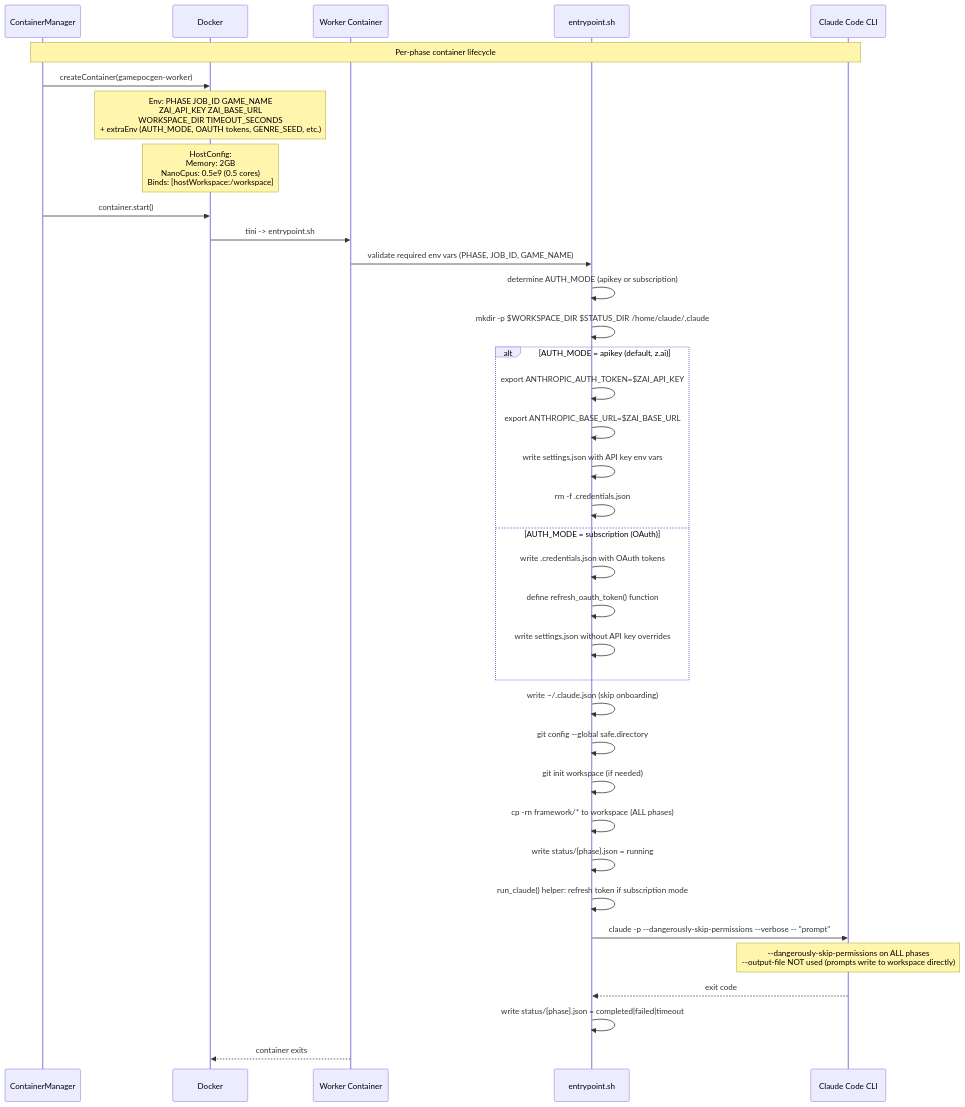
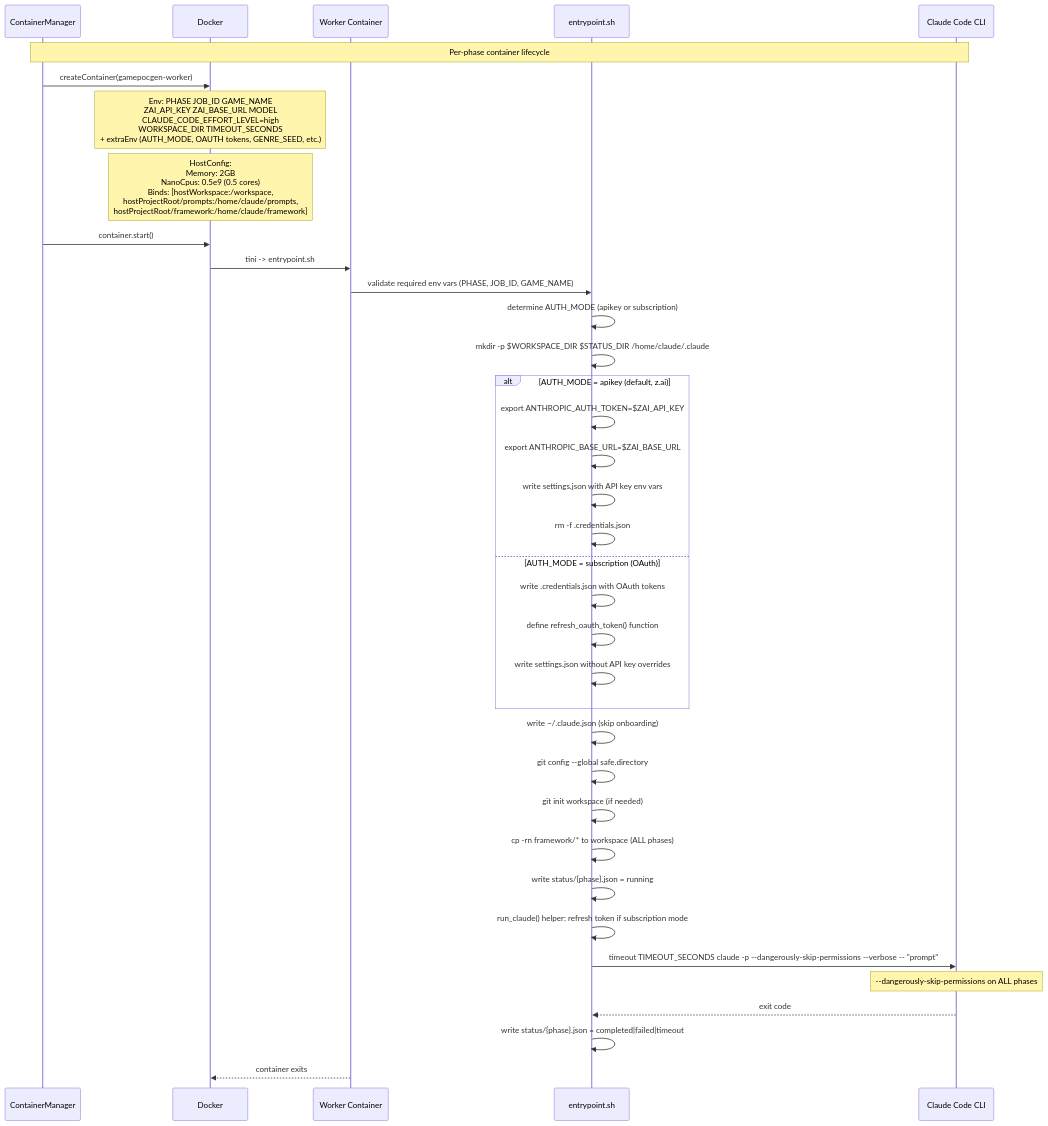
Before and after one commit to J-Gierend/gamePocGen: the third of 6 diagrams in AI/document/09-boot-sequence.md, drawn with Mermaid. The commit also changed other lines of this file and 5 other files, not shown here.

````diff
--- a/AI/document/09-boot-sequence.md
+++ b/AI/document/09-boot-sequence.md
@@ -72,47 +73,47 @@
 ```mermaid
 sequenceDiagram
     participant CM as ContainerManager
     participant Docker
     participant Worker as Worker Container
     participant Entry as entrypoint.sh
     participant Claude as Claude Code CLI
 
     Note over CM,Claude: Per-phase container lifecycle
 
     CM->>Docker: createContainer(gamepocgen-worker)
-    Note over Docker: Env: PHASE JOB_ID GAME_NAME<br/>ZAI_API_KEY ZAI_BASE_URL<br/>WORKSPACE_DIR TIMEOUT_SECONDS<br/>+ extraEnv (AUTH_MODE, OAUTH tokens, GENRE_SEED, etc.)
-    Note over Docker: HostConfig:<br/>  Memory: 2GB<br/>  NanoCpus: 0.5e9 (0.5 cores)<br/>  Binds: [hostWorkspace:/workspace]
+    Note over Docker: Env: PHASE JOB_ID GAME_NAME<br/>ZAI_API_KEY ZAI_BASE_URL MODEL<br/>CLAUDE_CODE_EFFORT_LEVEL=high<br/>WORKSPACE_DIR TIMEOUT_SECONDS<br/>+ extraEnv (AUTH_MODE, OAUTH tokens, GENRE_SEED, etc.)
+    Note over Docker: HostConfig:<br/>  Memory: 2GB<br/>  NanoCpus: 0.5e9 (0.5 cores)<br/>  Binds: [hostWorkspace:/workspace,<br/>  hostProjectRoot/prompts:/home/claude/prompts,<br/>  hostProjectRoot/framework:/home/claude/framework]
 
     CM->>Docker: container.start()
     Docker->>Worker: tini -> entrypoint.sh
 
     Worker->>Entry: validate required env vars (PHASE, JOB_ID, GAME_NAME)
     Entry->>Entry: determine AUTH_MODE (apikey or subscription)
     Entry->>Entry: mkdir -p $WORKSPACE_DIR $STATUS_DIR /home/claude/.claude
 
     alt AUTH_MODE = apikey (default, z.ai)
         Entry->>Entry: export ANTHROPIC_AUTH_TOKEN=$ZAI_API_KEY
         Entry->>Entry: export ANTHROPIC_BASE_URL=$ZAI_BASE_URL
         Entry->>Entry: write settings.json with API key env vars
         Entry->>Entry: rm -f .credentials.json
     else AUTH_MODE = subscription (OAuth)
         Entry->>Entry: write .credentials.json with OAuth tokens
         Entry->>Entry: define refresh_oauth_token() function
         Entry->>Entry: write settings.json without API key overrides
     end
 
     Entry->>Entry: write ~/.claude.json (skip onboarding)
     Entry->>Entry: git config --global safe.directory
     Entry->>Entry: git init workspace (if needed)
     Entry->>Entry: cp -rn framework/* to workspace (ALL phases)
     Entry->>Entry: write status/{phase}.json = running
 
     Entry->>Entry: run_claude() helper: refresh token if subscription mode
 
-    Entry->>Claude: claude -p --dangerously-skip-permissions --verbose -- "prompt"
-    Note over Claude: --dangerously-skip-permissions on ALL phases<br/>--output-file NOT used (prompts write to workspace directly)
+    Entry->>Claude: timeout TIMEOUT_SECONDS claude -p --dangerously-skip-permissions --verbose -- "prompt"
+    Note over Claude: --dangerously-skip-permissions on ALL phases
     Claude-->>Entry: exit code
 
     Entry->>Entry: write status/{phase}.json = completed|failed|timeout
     Worker-->>Docker: container exits
 ```
````
